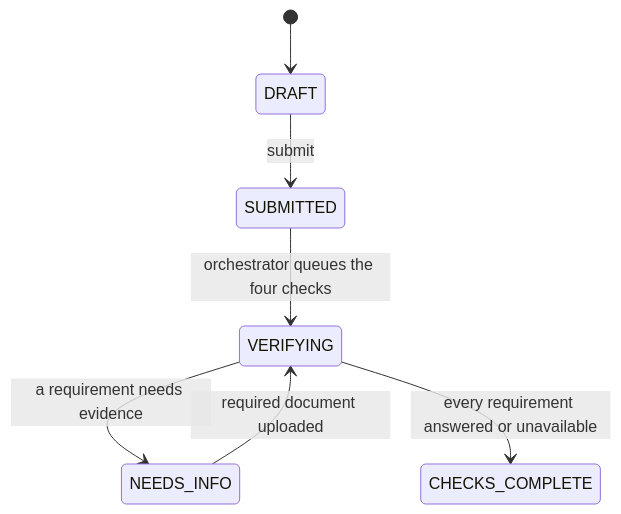
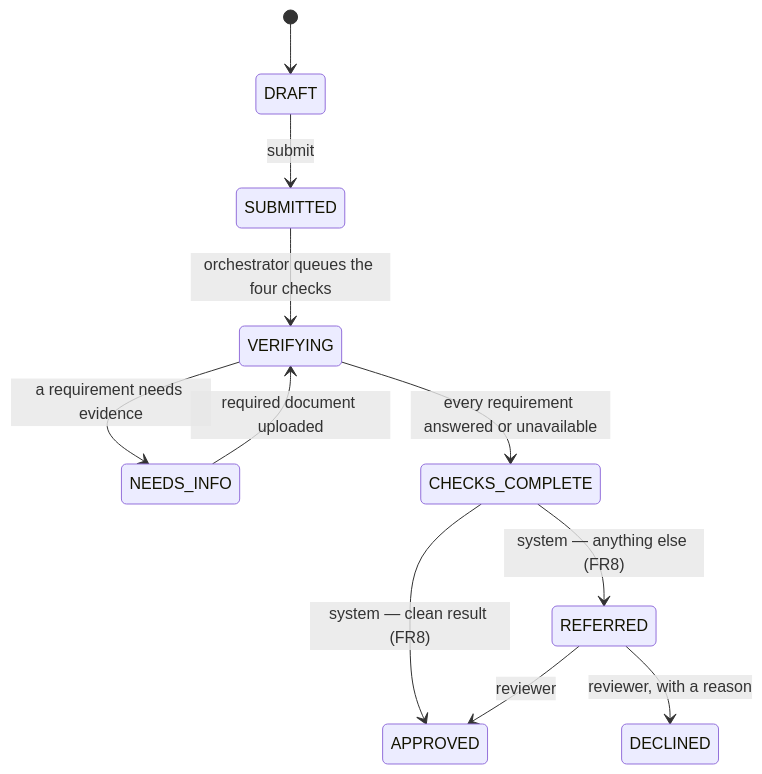
One commit to mettyoung/credit-card-system changed the second of 7 diagrams in README.md. Above: the diagram before and after it, drawn with Mermaid. The commit also changed other lines of this file and 3 other files, not shown here.

````diff
--- a/README.md
+++ b/README.md
@@ -160,9 +164,13 @@
 ```mermaid
 stateDiagram-v2
     [*] --> DRAFT
     DRAFT --> SUBMITTED: submit
     SUBMITTED --> VERIFYING: orchestrator queues the four checks
     VERIFYING --> NEEDS_INFO: a requirement needs evidence
     NEEDS_INFO --> VERIFYING: required document uploaded
     VERIFYING --> CHECKS_COMPLETE: every requirement answered or unavailable
+    CHECKS_COMPLETE --> APPROVED: system — clean result (FR8)
+    CHECKS_COMPLETE --> REFERRED: system — anything else (FR8)
+    REFERRED --> APPROVED: reviewer
+    REFERRED --> DECLINED: reviewer, with a reason
 ```
````
